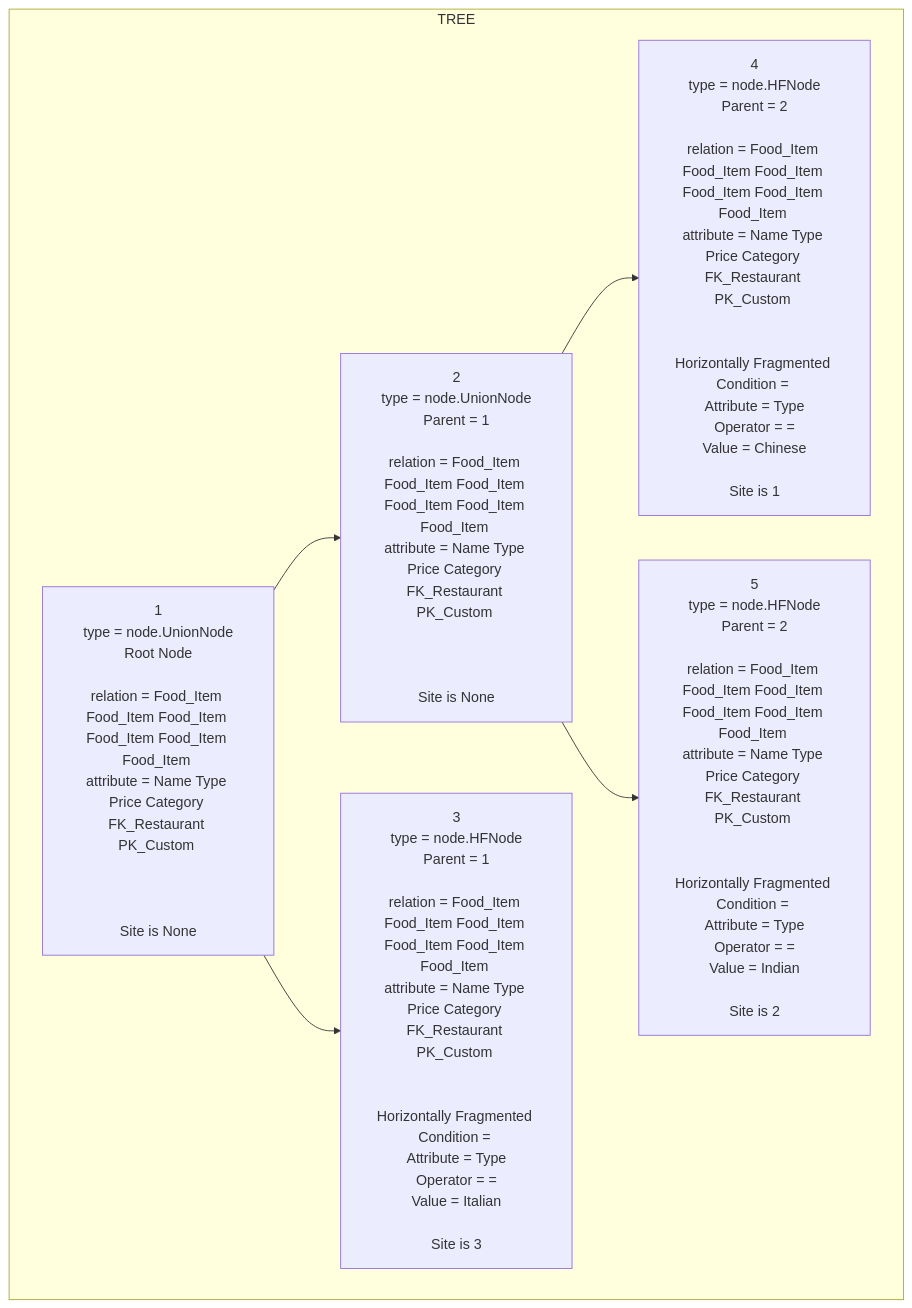
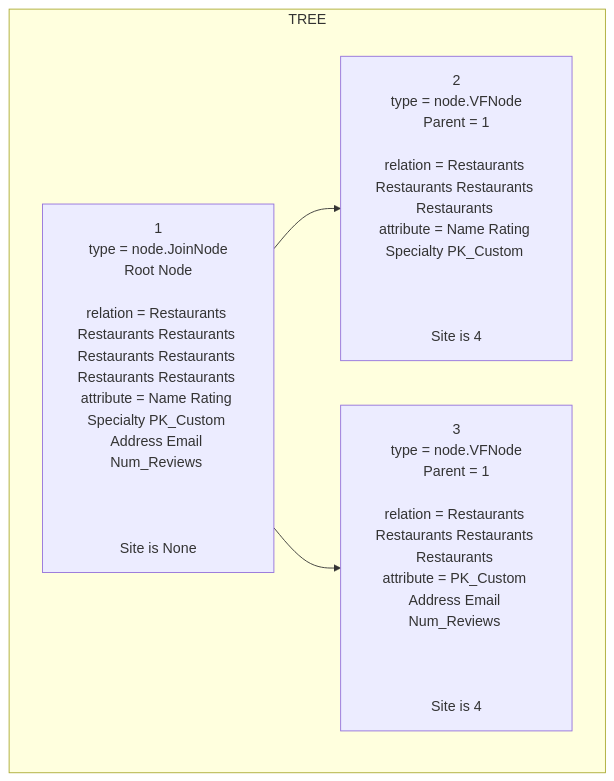
One commit to krtikgrg/Distributed_Database_System changed the diagram in phase3/src/complete.md. Above: the diagram before and after it, drawn with Mermaid. The commit also changed 12 other files, not shown here.

````diff
--- a/phase3/src/complete.md
+++ b/phase3/src/complete.md
@@ -1,14 +1,10 @@
 ```mermaid
 graph TD
 subgraph TREE
-1[1<br/>type = node.UnionNode<br/>Root Node<br/><br/>relation = Food_Item Food_Item Food_Item Food_Item Food_Item Food_Item <br/>attribute = Name Type Price Category FK_Restaurant PK_Custom <br/><br/><br/><br/>Site is None<br/>]
-2[2<br/>type = node.UnionNode<br/>Parent = 1<br/><br/>relation = Food_Item Food_Item Food_Item Food_Item Food_Item Food_Item <br/>attribute = Name Type Price Category FK_Restaurant PK_Custom <br/><br/><br/><br/>Site is None<br/>]
+1[1<br/>type = node.JoinNode<br/>Root Node<br/><br/>relation = Restaurants Restaurants Restaurants Restaurants Restaurants Restaurants Restaurants <br/>attribute = Name Rating Specialty PK_Custom Address Email Num_Reviews <br/><br/><br/><br/>Site is None<br/>]
+2[2<br/>type = node.VFNode<br/>Parent = 1<br/><br/>relation = Restaurants Restaurants Restaurants Restaurants <br/>attribute = Name Rating Specialty PK_Custom <br/><br/><br/><br/>Site is 4<br/>]
 1-->2
-3[3<br/>type = node.HFNode<br/>Parent = 1<br/><br/>relation = Food_Item Food_Item Food_Item Food_Item Food_Item Food_Item <br/>attribute = Name Type Price Category FK_Restaurant PK_Custom <br/><br/><br/>Horizontally Fragmented Condition = <br/>Attribute = Type<br/>Operator = =<br/>Value = Italian<br/><br/>Site is 3<br/>]
+3[3<br/>type = node.VFNode<br/>Parent = 1<br/><br/>relation = Restaurants Restaurants Restaurants Restaurants <br/>attribute = PK_Custom Address Email Num_Reviews <br/><br/><br/><br/>Site is 4<br/>]
 1-->3
-4[4<br/>type = node.HFNode<br/>Parent = 2<br/><br/>relation = Food_Item Food_Item Food_Item Food_Item Food_Item Food_Item <br/>attribute = Name Type Price Category FK_Restaurant PK_Custom <br/><br/><br/>Horizontally Fragmented Condition = <br/>Attribute = Type<br/>Operator = =<br/>Value = Chinese<br/><br/>Site is 1<br/>]
-2-->4
-5[5<br/>type = node.HFNode<br/>Parent = 2<br/><br/>relation = Food_Item Food_Item Food_Item Food_Item Food_Item Food_Item <br/>attribute = Name Type Price Category FK_Restaurant PK_Custom <br/><br/><br/>Horizontally Fragmented Condition = <br/>Attribute = Type<br/>Operator = =<br/>Value = Indian<br/><br/>Site is 2<br/>]
-2-->5
 end
 ```
````
